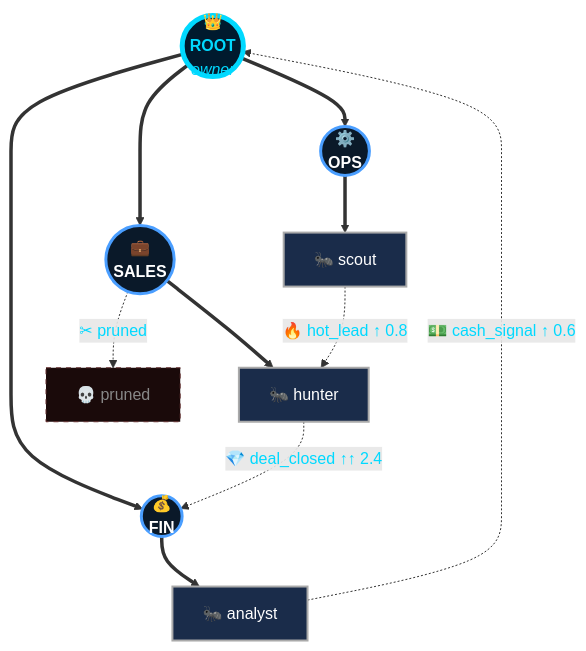
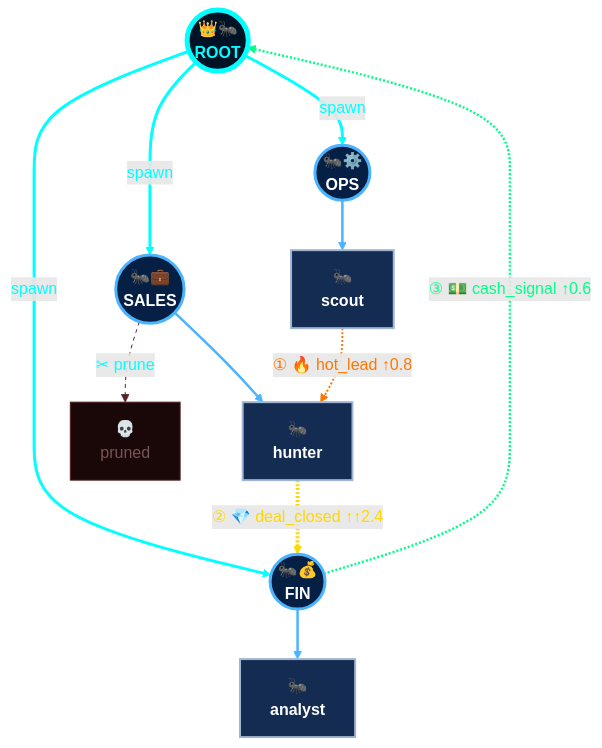
Before and after one commit to Ranzim/ormica: the first of 4 diagrams in README.md, drawn with Mermaid.

First paragraph of the commit message:
Polish hero diagram — ants in every node, single-pathway signal flow
Per the rendered-screenshot feedback: the previous diagram was visually
busy (multiple trail crossings, abstract worker labels, no consistent
ant identity), and the signal pathway didn't tell a coherent story.

````diff
--- a/README.md
+++ b/README.md
@@ -26,36 +26,43 @@
 ```mermaid
 flowchart TB
-    R(("👑<br/><b>ROOT</b><br/><i>owner</i>"))
+    R(("👑🐜<br/><b>ROOT</b>"))
+    OPS(("🐜⚙️<br/><b>OPS</b>"))
+    SAL(("🐜💼<br/><b>SALES</b>"))
+    FIN(("🐜💰<br/><b>FIN</b>"))
+    S["🐜<br/><b>scout</b>"]
+    H["🐜<br/><b>hunter</b>"]
+    A["🐜<br/><b>analyst</b>"]
+    D["💀<br/>pruned"]
 
-    OPS(("⚙️<br/><b>OPS</b>"))
-    SAL(("💼<br/><b>SALES</b>"))
-    FIN(("💰<br/><b>FIN</b>"))
+    R ==>|spawn| OPS
+    R ==>|spawn| SAL
+    R ==>|spawn| FIN
+    OPS ==> S
+    SAL ==> H
+    FIN ==> A
+    SAL -. "✂ prune" .-> D
 
-    S1["🐜 scout"]
-    H1["🐜 hunter"]
-    A1["🐜 analyst"]
-    D1["💀 pruned"]
+    S -. "① 🔥 hot_lead ↑0.8" .-> H
+    H -. "② 💎 deal_closed ↑↑2.4" .-> FIN
+    FIN -. "③ 💵 cash_signal ↑0.6" .-> R
 
-    R ==> OPS
-    R ==> SAL
-    R ==> FIN
-
-    OPS ==> S1
-    SAL ==> H1
-    FIN ==> A1
-    SAL -. "✂ pruned" .-> D1
-
-    S1 -. "🔥 hot_lead ↑ 0.8" .-> H1
-    H1 -. "💎 deal_closed ↑↑ 2.4" .-> FIN
-    A1 -. "💵 cash_signal ↑ 0.6" .-> R
-
-    classDef root fill:#001a2e,stroke:#00d9ff,stroke-width:5px,color:#00d9ff
-    classDef caste fill:#0a1929,stroke:#4a9eff,stroke-width:3px,color:#fff
-    classDef worker fill:#1a2c4a,stroke:#aaa,stroke-width:2px,color:#fff
-    classDef dead fill:#1a0a0a,stroke:#663333,stroke-width:1px,color:#888,stroke-dasharray: 5 5
+    classDef root fill:#001226,stroke:#00ffff,stroke-width:5px,color:#00ffff
+    classDef caste fill:#062045,stroke:#4ab4ff,stroke-width:3px,color:#ffffff
+    classDef worker fill:#142b52,stroke:#9fb5d4,stroke-width:2px,color:#ffffff
+    classDef dead fill:#1a0808,stroke:#552222,stroke-width:1px,color:#7a5454
 
     class R root
     class OPS,SAL,FIN caste
-    class S1,H1,A1 worker
-    class D1 dead
+    class S,H,A worker
+    class D dead
+
+    %% Bright spawn arrows (cyan)
+    linkStyle 0,1,2 stroke:#00ffff,stroke-width:3px
+    linkStyle 3,4,5 stroke:#4ab4ff,stroke-width:2.5px
+    linkStyle 6 stroke:#552222,stroke-width:1px,stroke-dasharray:4
+
+    %% Pheromone trails — color = intensity, thickness = reinforcement
+    linkStyle 7 stroke:#ff7700,stroke-width:2px,color:#ff7700
+    linkStyle 8 stroke:#ffd700,stroke-width:4px,color:#ffd700
+    linkStyle 9 stroke:#00ff88,stroke-width:2.5px,color:#00ff88
 ```
````
